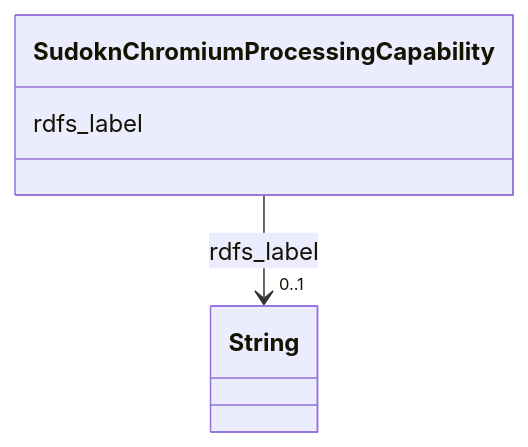
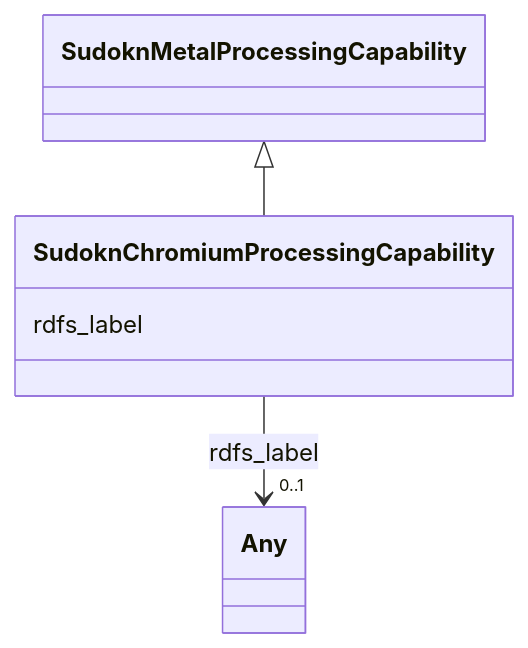
The diagram in sudokn-kg/classes/SudoknChromiumProcessingCapability.md (frink-okn/graph-descriptions), drawn with Mermaid before and after one commit. The commit also changed other lines of this file and 903 other files, not shown here.

````diff
--- a/sudokn-kg/classes/SudoknChromiumProcessingCapability.md
+++ b/sudokn-kg/classes/SudoknChromiumProcessingCapability.md
@@ -23,15 +18,18 @@
 ```mermaid
  classDiagram
     class SudoknChromiumProcessingCapability
     click SudoknChromiumProcessingCapability href "../SudoknChromiumProcessingCapability"
+      SudoknMetalProcessingCapability <|-- SudoknChromiumProcessingCapability
+        click SudoknMetalProcessingCapability href "../SudoknMetalProcessingCapability"
+      
       SudoknChromiumProcessingCapability : rdfs_label
         
           
     
     
-    SudoknChromiumProcessingCapability --> "0..1" String : rdfs_label
-    click String href "../String"
+    SudoknChromiumProcessingCapability --> "0..1" Any : rdfs_label
+    click Any href "../Any"
 
         
       
 ```
````
